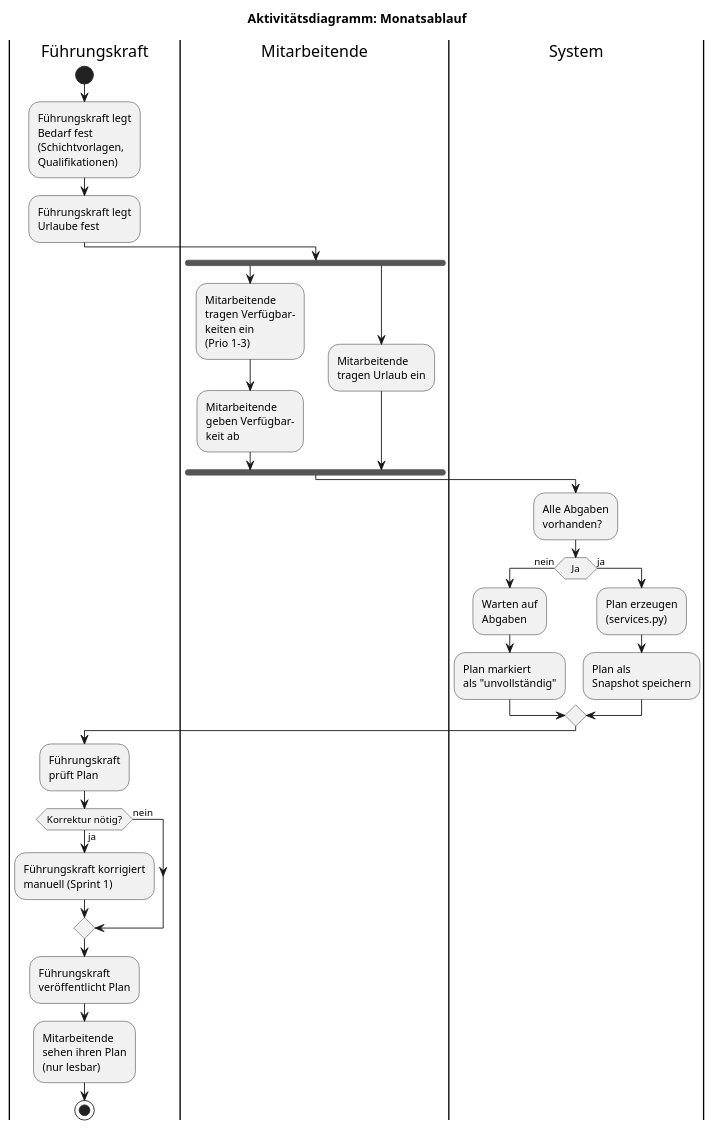
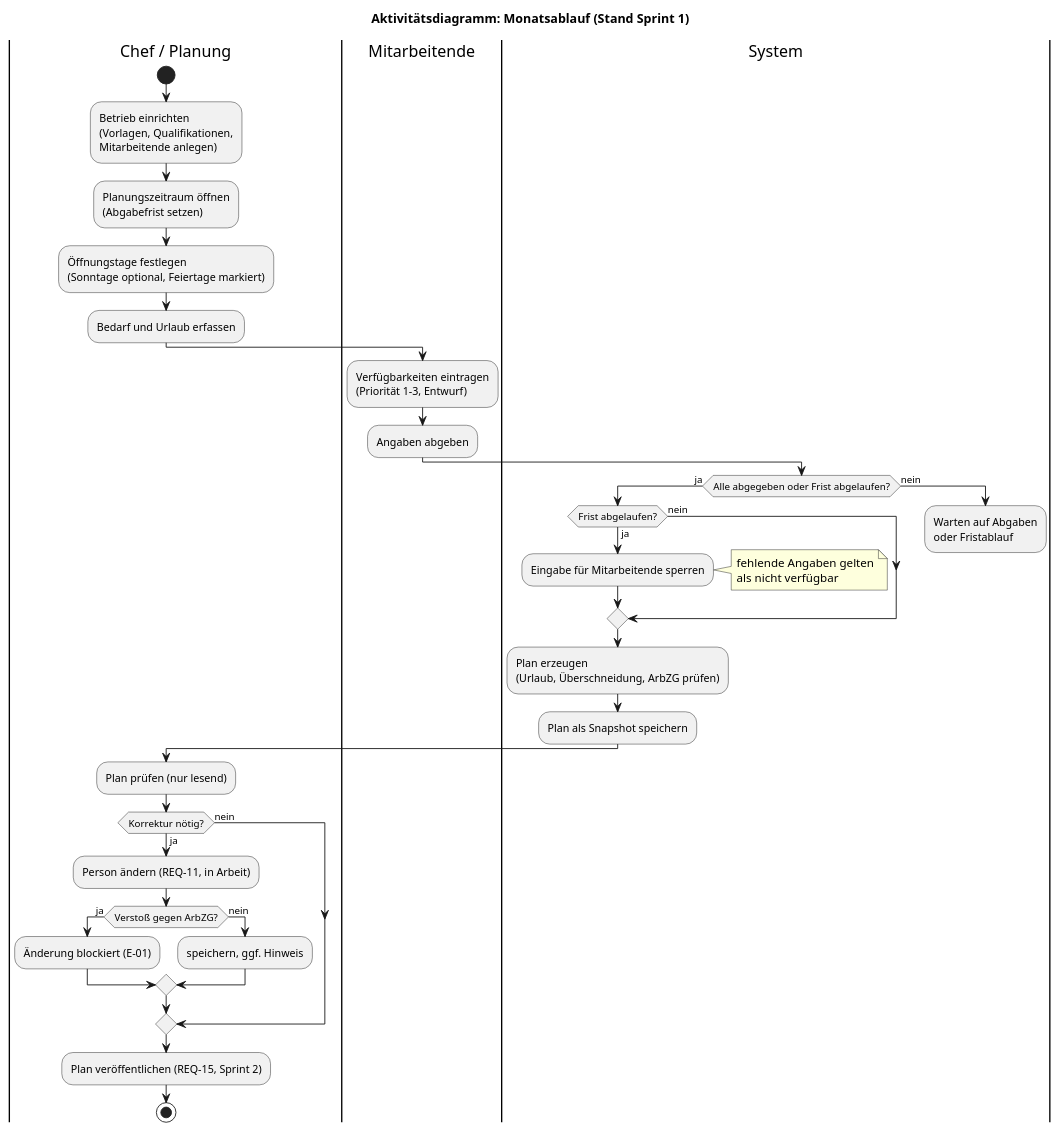
The diagram in docs/design/aktivitaet_monatsablauf.puml (shiftplanner-hsfl-team/shiftplanner), drawn with PlantUML before and after one commit. The commit also changed 1 other file, not shown here.

Commit message:
DESIGN #26: Sequenz- und Aktivitaetsdiagramm mit Frist, Regelmodul und E-01
Claude-Session: https://claude.ai/code/session_01CJMuJmYc1zFL9wgktzrjdH

```diff
--- a/docs/design/aktivitaet_monatsablauf.puml
+++ b/docs/design/aktivitaet_monatsablauf.puml
@@ -1,42 +1,50 @@
 @startuml
-title Aktivitätsdiagramm: Monatsablauf
+title Aktivitätsdiagramm: Monatsablauf (Stand Sprint 1)
 
-|Führungskraft|
+|Chef / Planung|
 start
-:Führungskraft legt\nBedarf fest\n(Schichtvorlagen,\nQualifikationen);
-:Führungskraft legt\nUrlaube fest;
+:Betrieb einrichten
+(Vorlagen, Qualifikationen,
+Mitarbeitende anlegen);
+:Planungszeitraum öffnen
+(Abgabefrist setzen);
+:Öffnungstage festlegen
+(Sonntage optional, Feiertage markiert);
+:Bedarf und Urlaub erfassen;
 
 |Mitarbeitende|
-fork
-  :Mitarbeitende\ntragen Verfügbar-\nkeiten ein\n(Prio 1-3);
-  :Mitarbeitende\ngeben Verfügbar-\nkeit ab;
-fork again
-  :Mitarbeitende\ntragen Urlaub ein;
-end fork
+:Verfügbarkeiten eintragen
+(Priorität 1–3, Entwurf);
+:Angaben abgeben;
 
 |System|
-:Alle Abgaben\nvorhanden?;
-
-if (Ja) then (nein)
-  :Warten auf\nAbgaben;
-  :Plan markiert\nals "unvollständig";
-else (ja)
-  :Plan erzeugen\n(services.py);
-  :Plan als\nSnapshot speichern;
+if (Alle abgegeben oder Frist abgelaufen?) then (ja)
+  if (Frist abgelaufen?) then (ja)
+    :Eingabe für Mitarbeitende sperren;
+    note right: fehlende Angaben gelten\nals nicht verfügbar
+  else (nein)
+  endif
+  :Plan erzeugen
+  (Urlaub, Überschneidung, ArbZG prüfen);
+  :Plan als Snapshot speichern;
+else (nein)
+  :Warten auf Abgaben
+  oder Fristablauf;
+  detach
 endif
 
-|Führungskraft|
-:Führungskraft\nprüft Plan;
-
+|Chef / Planung|
+:Plan prüfen (nur lesend);
 if (Korrektur nötig?) then (ja)
-  :Führungskraft korrigiert\nmanuell (Sprint 1);
+  :Person ändern (REQ-11, in Arbeit);
+  if (Verstoß gegen ArbZG?) then (ja)
+    :Änderung blockiert (E-01);
+  else (nein)
+    :speichern, ggf. Hinweis;
+  endif
 else (nein)
 endif
-
-:Führungskraft\nveröffentlicht Plan;
-
-:Mitarbeitende\nsehen ihren Plan\n(nur lesbar);
-
+:Plan veröffentlichen (REQ-15, Sprint 2);
 stop
 
 @enduml
```
